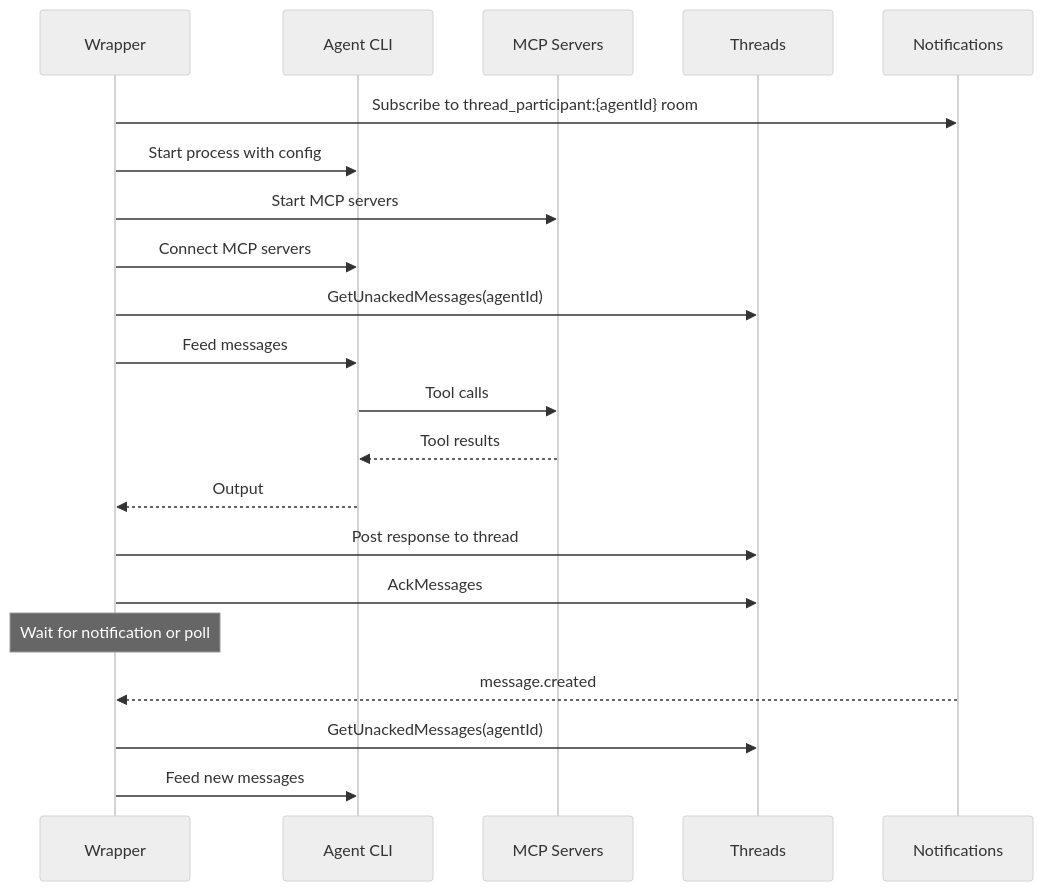
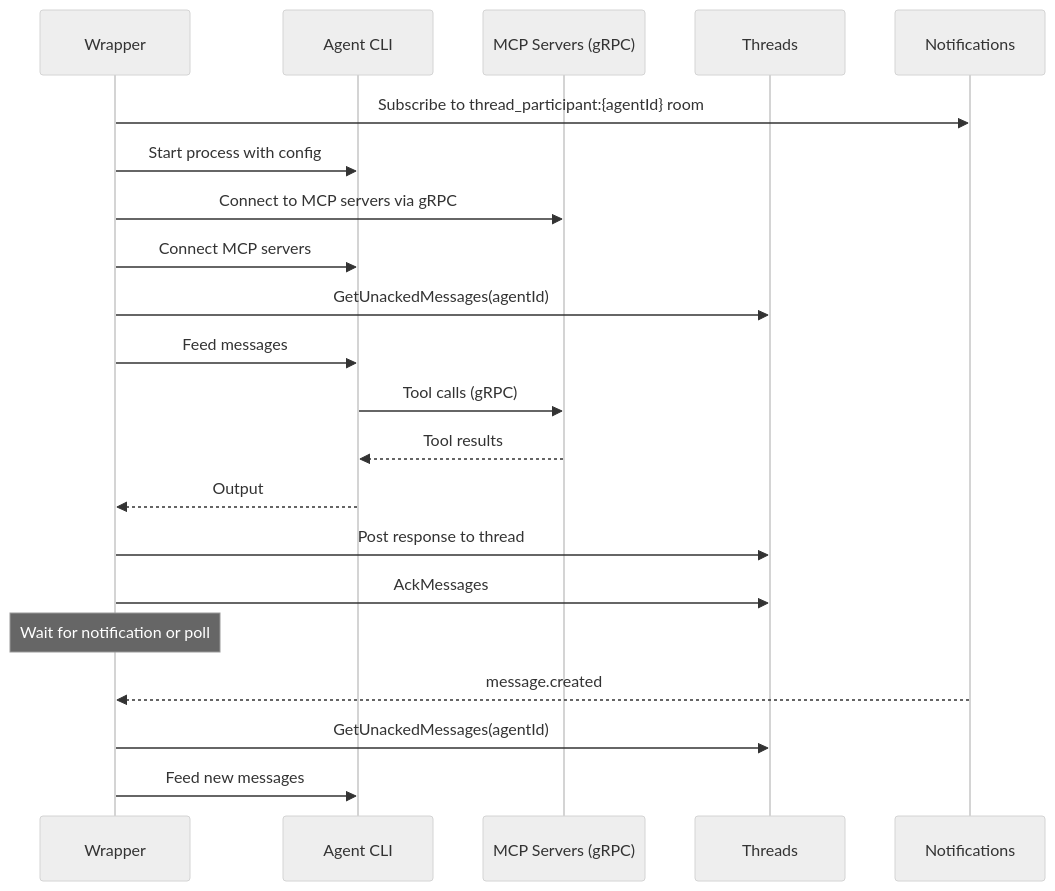
Before and after one commit to agynio/architecture: the third of 4 diagrams in architecture/agent/overview.md, drawn with Mermaid (neutral theme). The commit also changed other lines of this file and 12 other files, not shown here.

````diff
--- a/architecture/agent/overview.md
+++ b/architecture/agent/overview.md
@@ -108,24 +116,24 @@
 ```mermaid
 sequenceDiagram
     participant W as Wrapper
     participant CLI as Agent CLI
-    participant MCP as MCP Servers
+    participant MCP as MCP Servers (gRPC)
     participant T as Threads
     participant N as Notifications
 
     W->>N: Subscribe to thread_participant:{agentId} room
     W->>CLI: Start process with config
-    W->>MCP: Start MCP servers
+    W->>MCP: Connect to MCP servers via gRPC
     W->>CLI: Connect MCP servers
     W->>T: GetUnackedMessages(agentId)
     W->>CLI: Feed messages
-    CLI->>MCP: Tool calls
+    CLI->>MCP: Tool calls (gRPC)
     MCP-->>CLI: Tool results
     CLI-->>W: Output
     W->>T: Post response to thread
     W->>T: AckMessages
     Note over W: Wait for notification or poll
     N-->>W: message.created
     W->>T: GetUnackedMessages(agentId)
     W->>CLI: Feed new messages
 ```
````
